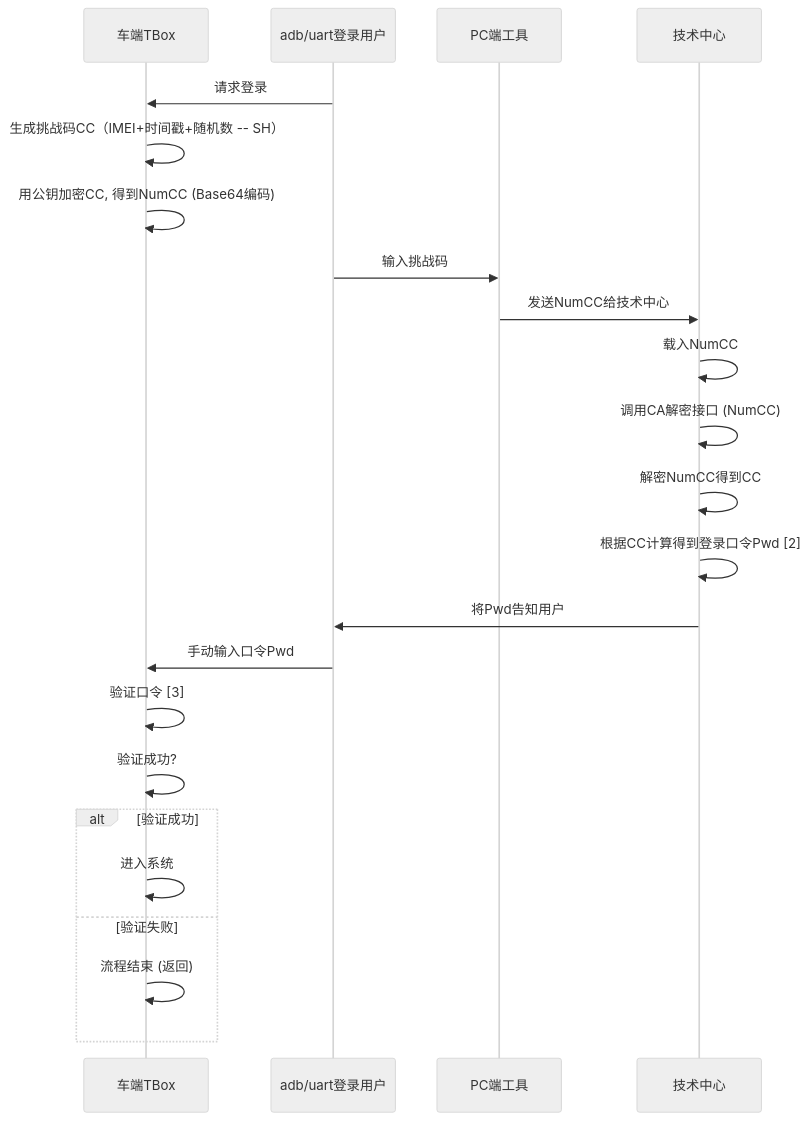
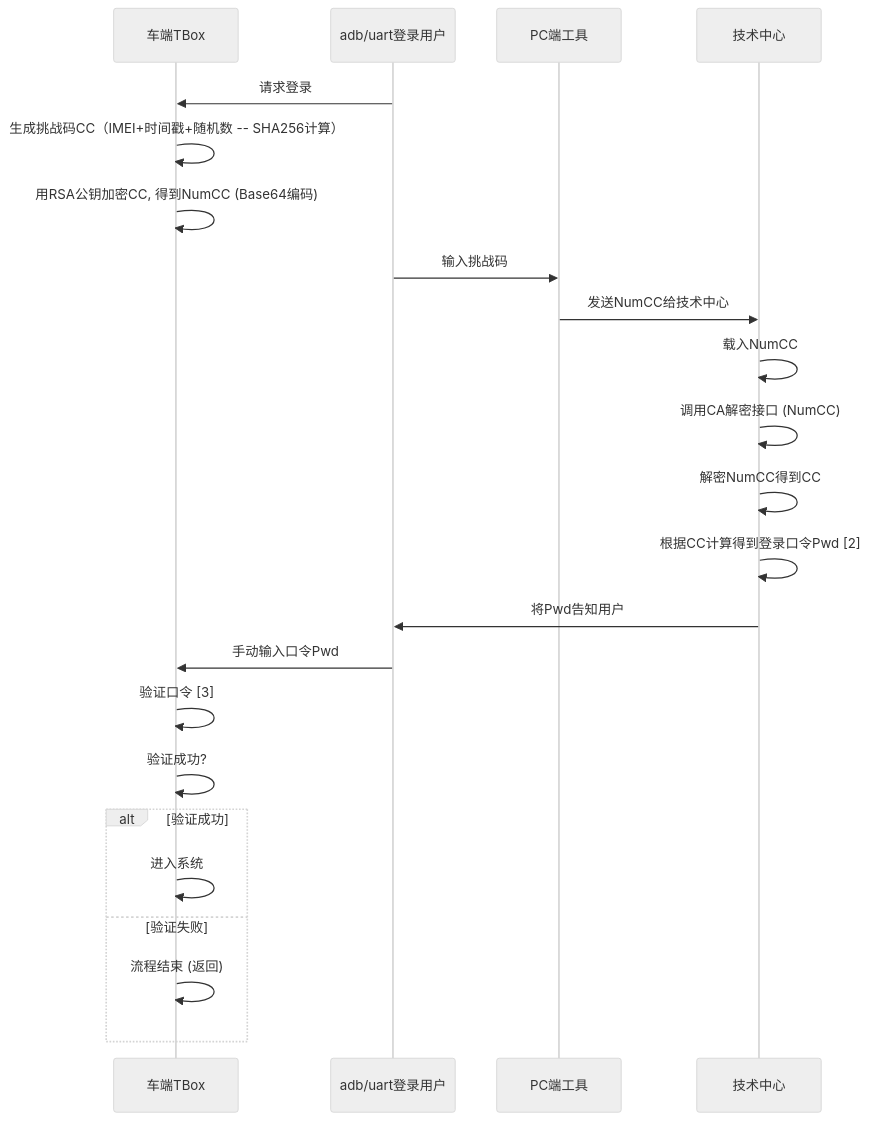
The diagram in all/未命名-13.md (facebook-cloud/iodraw-files), drawn with Mermaid (neutral theme) before and after one commit.

Commit message:
2026-01-26 18:47:29 update

````diff
--- a/all/未命名-13.md
+++ b/all/未命名-13.md
@@ -1,29 +1,29 @@
 ```mermaid
 sequenceDiagram
     participant tbox as 车端TBox
     participant user as adb/uart登录用户
     participant pc as PC端工具
     participant tech_center as 技术中心
   
 
     user->>tbox: 请求登录
-    tbox->>tbox: 生成挑战码CC（IMEI+时间戳+随机数 -- SH）
-    tbox->>tbox: 用公钥加密CC, 得到NumCC (Base64编码)
+    tbox->>tbox: 生成挑战码CC（IMEI+时间戳+随机数 -- SHA256计算）
+    tbox->>tbox: 用RSA公钥加密CC, 得到NumCC (Base64编码)
     user->>pc: 输入挑战码
     pc->>tech_center: 发送NumCC给技术中心
     tech_center->>tech_center: 载入NumCC
     tech_center->>tech_center: 调用CA解密接口 (NumCC)
     tech_center->>tech_center: 解密NumCC得到CC
     tech_center->>tech_center: 根据CC计算得到登录口令Pwd [2]
     tech_center->>user: 将Pwd告知用户
     user->>tbox: 手动输入口令Pwd
     tbox->>tbox: 验证口令 [3]
     tbox->>tbox: 验证成功?
     alt 验证成功
         tbox->>tbox: 进入系统
     else 验证失败
         tbox->>tbox: 流程结束 (返回)
     end
 
 
 ```
````
